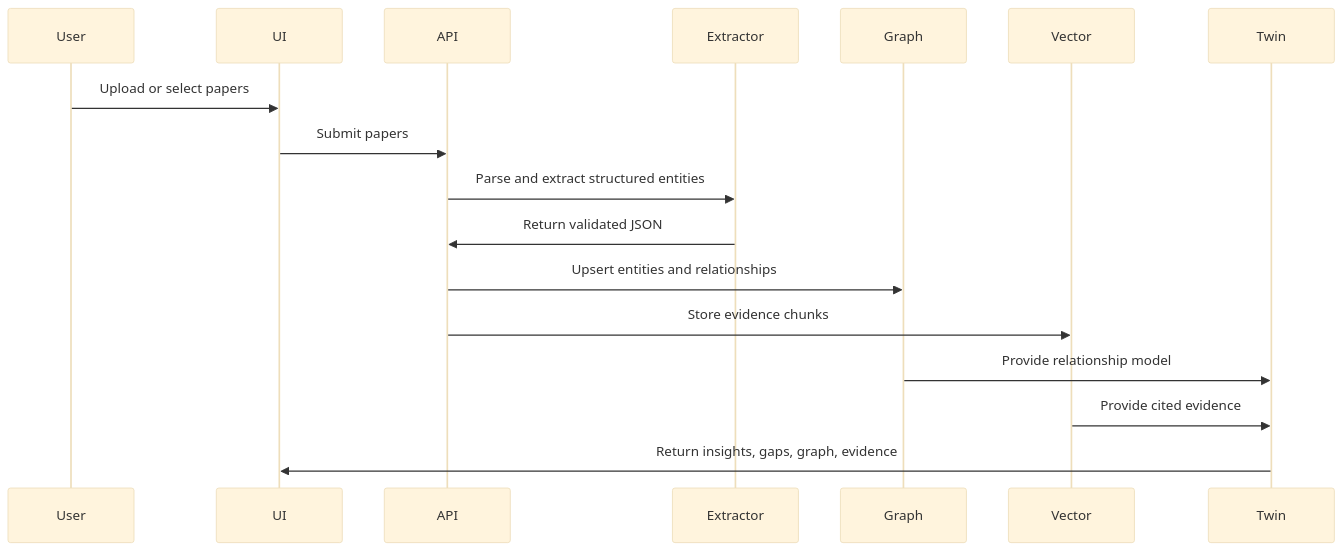
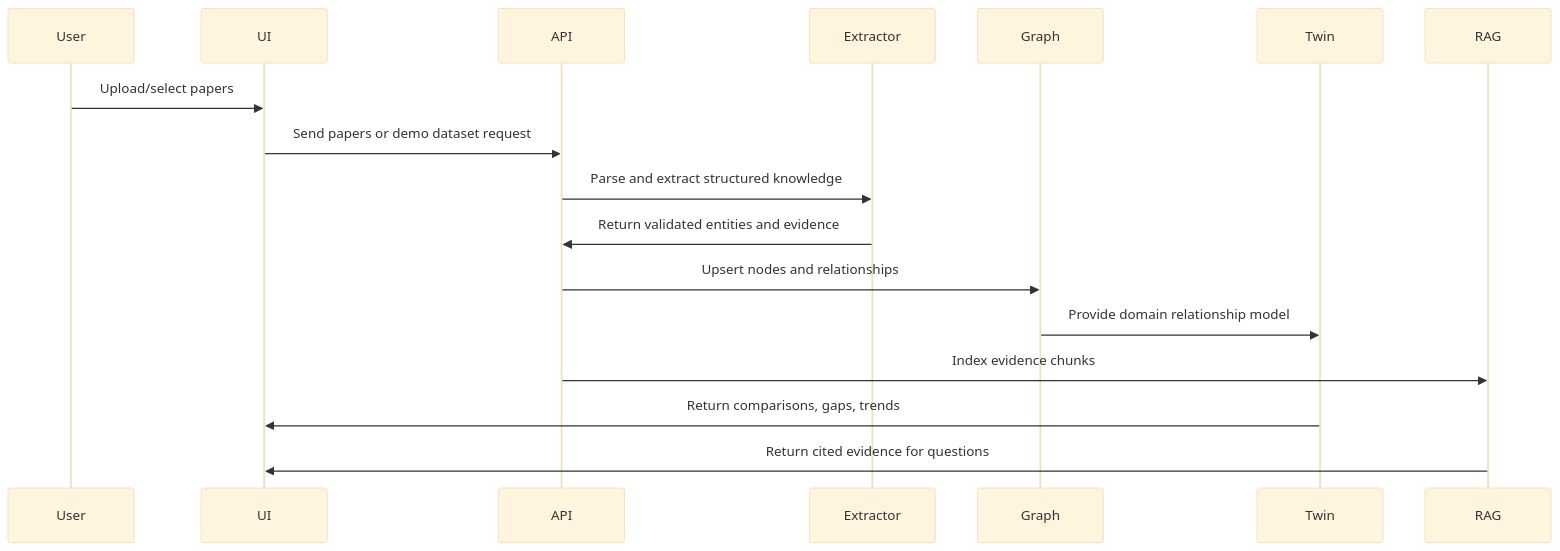
One commit to farahalmujaljel/Burhan changed the third of 5 diagrams in docs/FARQ_EXECUTION_PROPOSAL.md. Above: the diagram before and after it, drawn with Mermaid (base theme). The commit also changed other lines of this file, not shown here.

````diff
--- a/docs/FARQ_EXECUTION_PROPOSAL.md
+++ b/docs/FARQ_EXECUTION_PROPOSAL.md
@@ -416,20 +336,20 @@
 ```mermaid
 sequenceDiagram
     participant User
     participant UI
     participant API
     participant Extractor
     participant Graph
-    participant Vector
     participant Twin
+    participant RAG
 
-    User->>UI: Upload or select papers
-    UI->>API: Submit papers
-    API->>Extractor: Parse and extract structured entities
-    Extractor->>API: Return validated JSON
-    API->>Graph: Upsert entities and relationships
-    API->>Vector: Store evidence chunks
-    Graph->>Twin: Provide relationship model
-    Vector->>Twin: Provide cited evidence
-    Twin->>UI: Return insights, gaps, graph, evidence
+    User->>UI: Upload/select papers
+    UI->>API: Send papers or demo dataset request
+    API->>Extractor: Parse and extract structured knowledge
+    Extractor->>API: Return validated entities and evidence
+    API->>Graph: Upsert nodes and relationships
+    Graph->>Twin: Provide domain relationship model
+    API->>RAG: Index evidence chunks
+    Twin->>UI: Return comparisons, gaps, trends
+    RAG->>UI: Return cited evidence for questions
 ```
````
